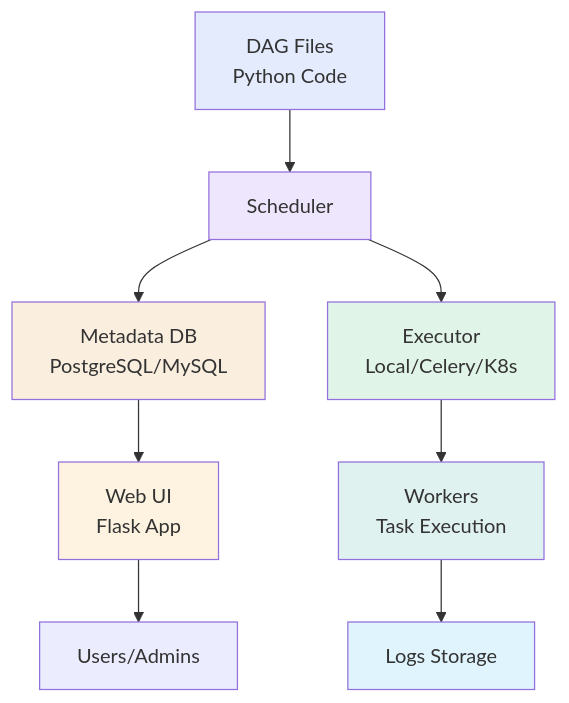
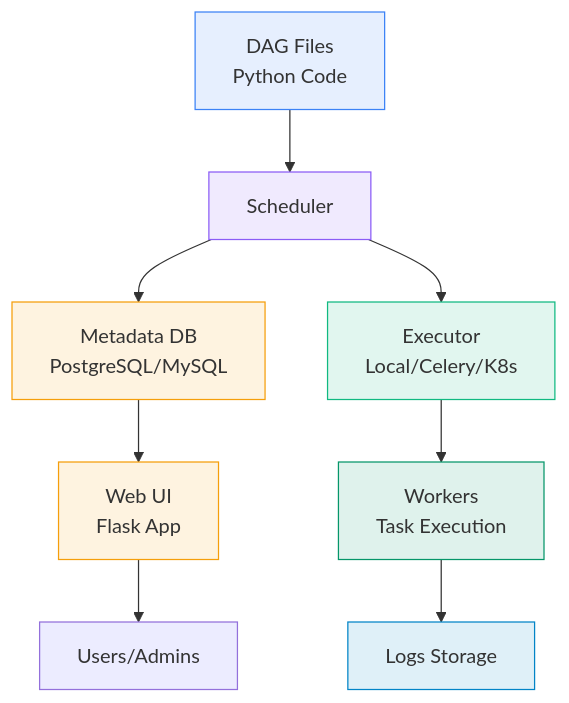
One commit to MadeInShineA/hei-course-summaries changed the first of 5 diagrams in 302.1-data-computation/airflow.md. Above: the diagram before and after it, drawn with Mermaid. The commit also changed other lines of this file and 2 other files, not shown here.

Commit message:
Updated mermaid graphs colors

````diff
--- a/302.1-data-computation/airflow.md
+++ b/302.1-data-computation/airflow.md
@@ -67,18 +67,18 @@
 ```mermaid
 graph TB
     DAGs[DAG Files<br/>Python Code] --> Scheduler[Scheduler]
     Scheduler --> MetadataDB[Metadata DB<br/>PostgreSQL/MySQL]
     Scheduler --> Executor[Executor<br/>Local/Celery/K8s]
     Executor --> Workers[Workers<br/>Task Execution]
     Workers --> Logs[Logs Storage]
     MetadataDB --> Webserver[Web UI<br/>Flask App]
     Webserver --> Users[Users/Admins]
     
-    style DAGs fill:#2563eb20
-    style Scheduler fill:#7c3aed20
-    style MetadataDB fill:#d9770620
-    style Executor fill:#16a34a20
-    style Workers fill:#0d948820
-    style Logs fill:#0ea5e920
-    style Webserver fill:#f59e0b20
+    style DAGs fill:#3b82f620,stroke:#3b82f6
+    style Scheduler fill:#8b5cf620,stroke:#8b5cf6
+    style MetadataDB fill:#f59e0b20,stroke:#f59e0b
+    style Executor fill:#10b98120,stroke:#10b981
+    style Workers fill:#05966920,stroke:#059669
+    style Logs fill:#0284c720,stroke:#0284c7
+    style Webserver fill:#f59e0b20,stroke:#f59e0b
 ```
````
